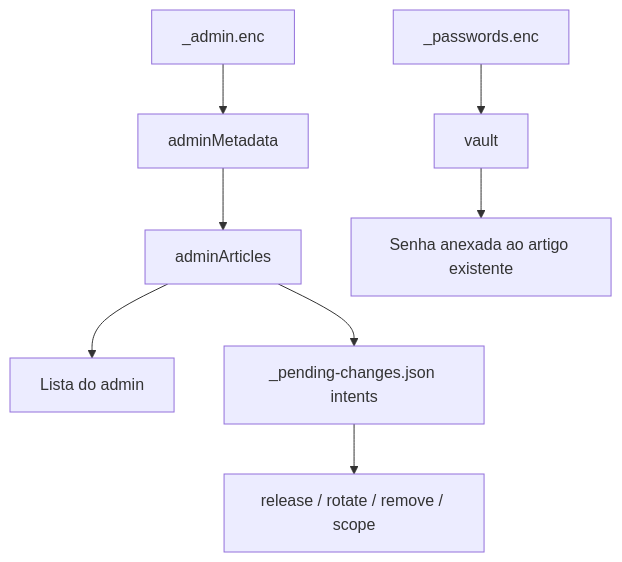
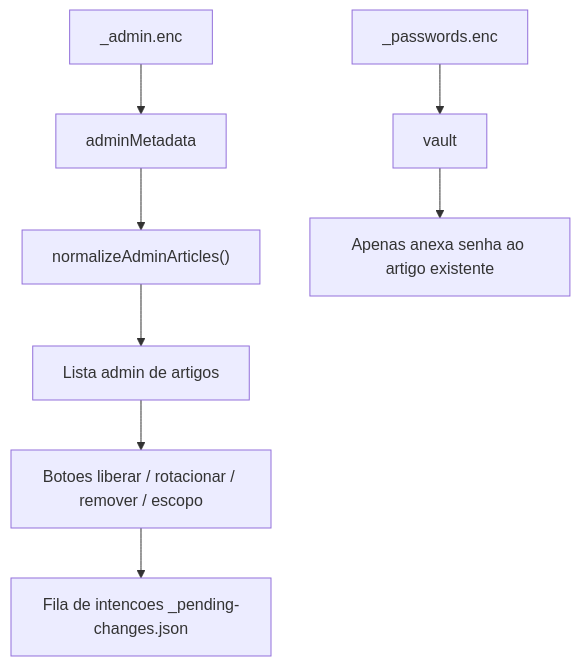
The diagram in lane-final-checks/admin-ux.md (felipeggv/wikia), drawn with Mermaid before and after one commit. The commit also changed other lines of this file, not shown here.

Commit message:
MAESTRO: Wikia CMS Parallel Phase 05C Task 1 - verify admin UX lane

````diff
--- a/lane-final-checks/admin-ux.md
+++ b/lane-final-checks/admin-ux.md
@@ -34,10 +39,10 @@
 ```mermaid
 flowchart TD
   A["_admin.enc"] --> B["adminMetadata"]
-  B --> C["adminArticles"]
-  C --> D["Lista do admin"]
+  B --> C["normalizeAdminArticles()"]
+  C --> D["Lista admin de artigos"]
   E["_passwords.enc"] --> F["vault"]
-  F --> G["Senha anexada ao artigo existente"]
-  C --> H["_pending-changes.json intents"]
-  H --> I["release / rotate / remove / scope"]
+  F --> G["Apenas anexa senha ao artigo existente"]
+  D --> H["Botoes liberar / rotacionar / remover / escopo"]
+  H --> I["Fila de intencoes _pending-changes.json"]
 ```
````
